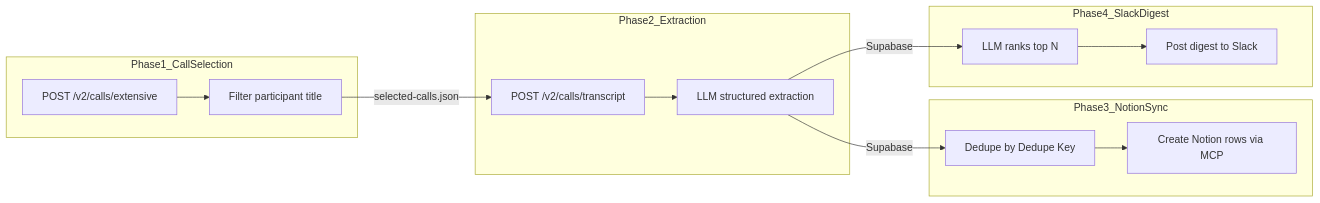
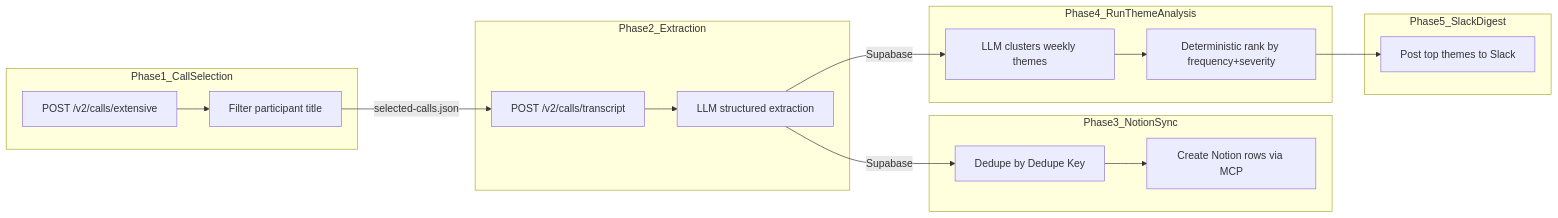
Before and after one commit to fieldsphere/field-report: the diagram in docs/architecture.md, drawn with Mermaid. The commit also changed other lines of this file and 12 other files, not shown here.

First line of the commit message:
feat(analysis): add weekly theme bucketing pipeline for Slack digest

````diff
--- a/docs/architecture.md
+++ b/docs/architecture.md
@@ -7,26 +7,30 @@
 ```mermaid
 flowchart LR
   subgraph phase1 [Phase1_CallSelection]
     listCalls["POST /v2/calls/extensive"]
     filterCalls["Filter participant title"]
   end
   subgraph phase2 [Phase2_Extraction]
     fetchTranscript["POST /v2/calls/transcript"]
     llmExtract["LLM structured extraction"]
   end
   subgraph phase3 [Phase3_NotionSync]
     dedupe["Dedupe by Dedupe Key"]
     notionWrite["Create Notion rows via MCP"]
   end
-  subgraph phase4 [Phase4_SlackDigest]
-    distill["LLM ranks top N"]
-    slackPost["Post digest to Slack"]
+  subgraph phase4 [Phase4_RunThemeAnalysis]
+    cluster["LLM clusters weekly themes"]
+    score["Deterministic rank by frequency+severity"]
+  end
+  subgraph phase5 [Phase5_SlackDigest]
+    slackPost["Post top themes to Slack"]
   end
   listCalls --> filterCalls
   filterCalls -->|"selected-calls.json"| fetchTranscript
   fetchTranscript --> llmExtract
   llmExtract -->|"Supabase"| dedupe
   dedupe --> notionWrite
-  llmExtract -->|"Supabase"| distill
-  distill --> slackPost
+  llmExtract -->|"Supabase"| cluster
+  cluster --> score
+  score --> slackPost
 ```
````
